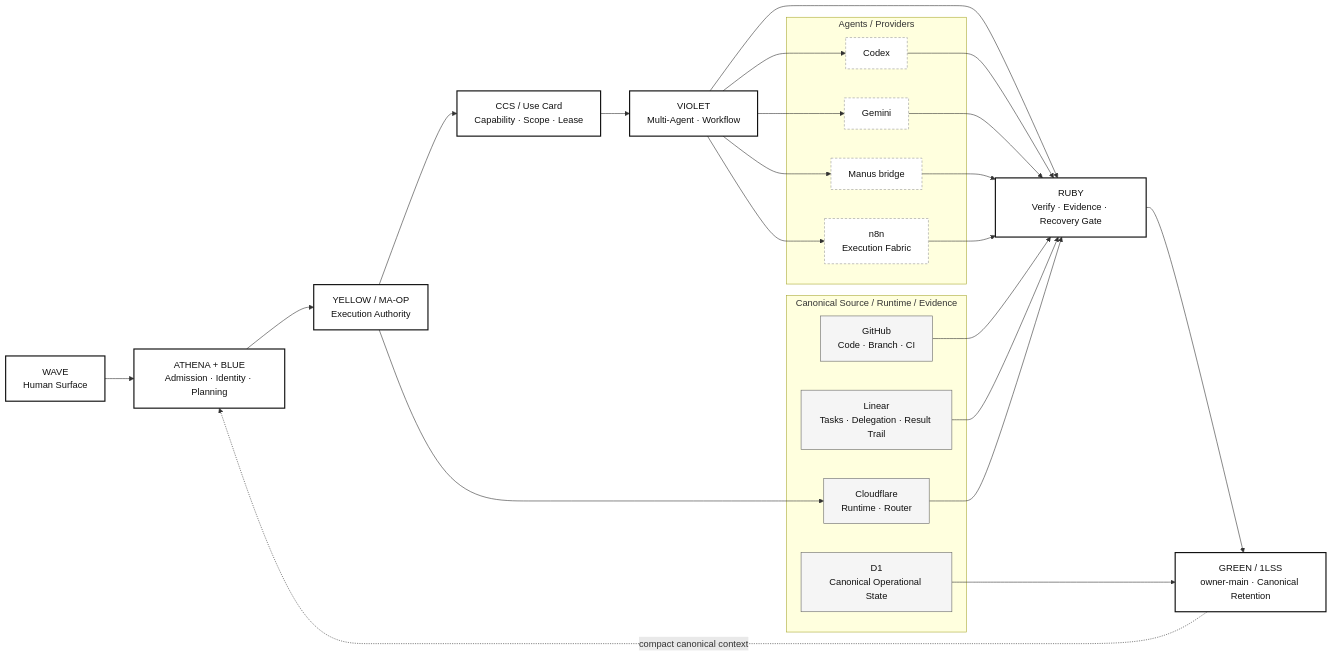
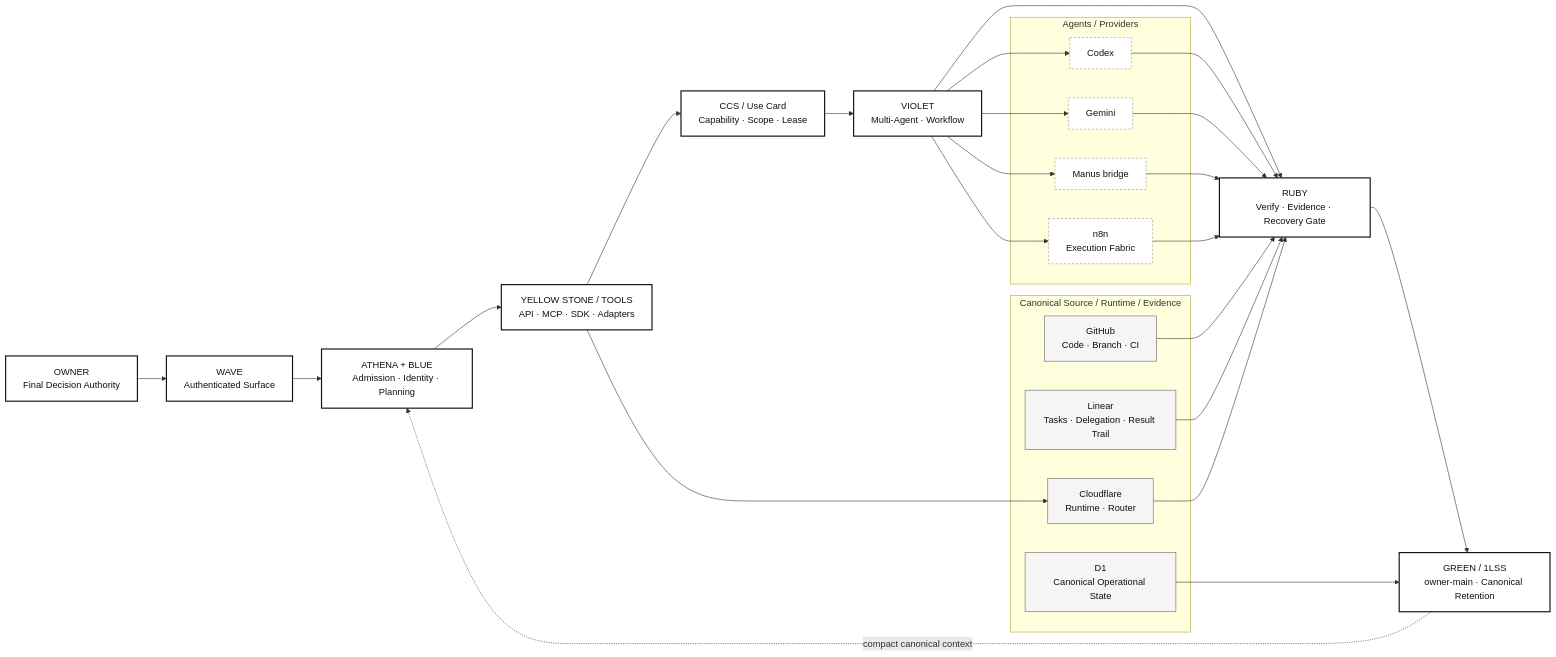
One commit to GH-ADDMINPOVIDER/Build-Platform changed the diagram in docs/architecture/OGE_SYSTEM_MAP.mmd. Above: the diagram before and after it, drawn with Mermaid. The commit also changed 10 other files, not shown here.

Commit message:
refactor(staging): reduce Yellow to Tools Stone, preserve final Owner authority

```diff
--- a/docs/architecture/OGE_SYSTEM_MAP.mmd
+++ b/docs/architecture/OGE_SYSTEM_MAP.mmd
@@ -1,44 +1,45 @@
 flowchart LR
   classDef core fill:#fff,stroke:#111,color:#111,stroke-width:2px;
   classDef support fill:#f5f5f5,stroke:#666,color:#111,stroke-width:1px;
   classDef provider fill:#fff,stroke:#999,color:#111,stroke-dasharray: 4 3;
 
-  WAVE["WAVE<br/>Human Surface"]:::core
+  OWNER["OWNER<br/>Final Decision Authority"]:::core
+  WAVE["WAVE<br/>Authenticated Surface"]:::core
   ATHENA["ATHENA + BLUE<br/>Admission · Identity · Planning"]:::core
-  YELLOW["YELLOW / MA-OP<br/>Execution Authority"]:::core
+  YELLOW["YELLOW STONE / TOOLS<br/>API · MCP · SDK · Adapters"]:::core
   CCS["CCS / Use Card<br/>Capability · Scope · Lease"]:::core
   VIOLET["VIOLET<br/>Multi-Agent · Workflow"]:::core
   RUBY["RUBY<br/>Verify · Evidence · Recovery Gate"]:::core
   GREEN["GREEN / 1LSS<br/>owner-main · Canonical Retention"]:::core
 
-  WAVE --> ATHENA --> YELLOW --> CCS --> VIOLET --> RUBY --> GREEN
+  OWNER --> WAVE --> ATHENA --> YELLOW --> CCS --> VIOLET --> RUBY --> GREEN
   GREEN -. compact canonical context .-> ATHENA
 
   subgraph Providers["Agents / Providers"]
     CODEX["Codex"]:::provider
     GEMINI["Gemini"]:::provider
     MANUS["Manus bridge"]:::provider
     N8N["n8n<br/>Execution Fabric"]:::provider
   end
 
   VIOLET --> CODEX
   VIOLET --> GEMINI
   VIOLET --> MANUS
   VIOLET --> N8N
   CODEX --> RUBY
   GEMINI --> RUBY
   MANUS --> RUBY
   N8N --> RUBY
 
   subgraph Evidence["Canonical Source / Runtime / Evidence"]
     GH["GitHub<br/>Code · Branch · CI"]:::support
     LIN["Linear<br/>Tasks · Delegation · Result Trail"]:::support
     CF["Cloudflare<br/>Runtime · Router"]:::support
     D1["D1<br/>Canonical Operational State"]:::support
   end
 
   YELLOW --> CF
   GH --> RUBY
   LIN --> RUBY
   CF --> RUBY
   D1 --> GREEN
```
